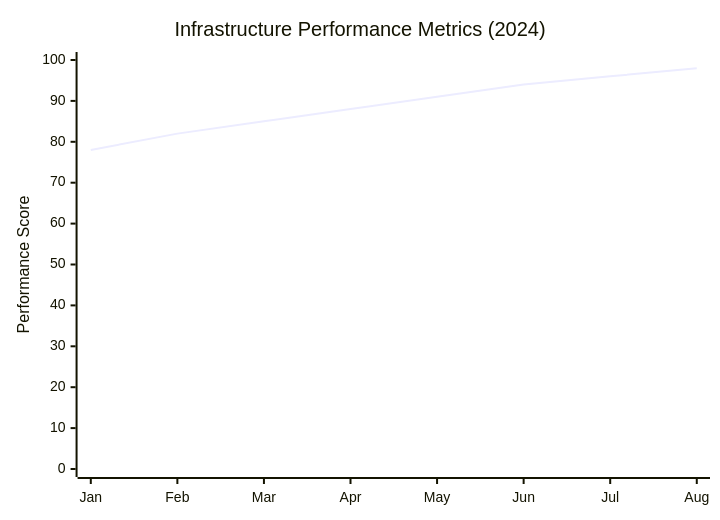
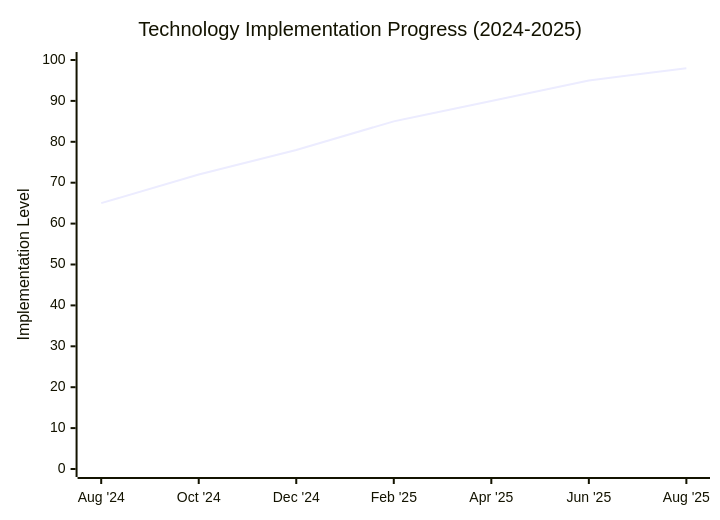
The first of 15 diagrams in README.md (nfcdjobo/nfcdjobo), drawn with Mermaid before and after one commit. The commit also changed other lines of this file, not shown here.

````diff
--- a/README.md
+++ b/README.md
@@ -100,7 +103,7 @@
 ```mermaid
 xychart-beta
-    title "Infrastructure Performance Metrics (2024)"
-    x-axis ["Jan", "Feb", "Mar", "Apr", "May", "Jun", "Jul", "Aug"]
-    y-axis "Performance Score" 0 --> 100
-    line [78, 82, 85, 88, 91, 94, 96, 98]
+    title "Technology Implementation Progress (2024-2025)"
+    x-axis ["Aug '24", "Oct '24", "Dec '24", "Feb '25", "Apr '25", "Jun '25", "Aug '25"]
+    y-axis "Implementation Level" 0 --> 100
+    line [65, 72, 78, 85, 90, 95, 98]
 ```
````
